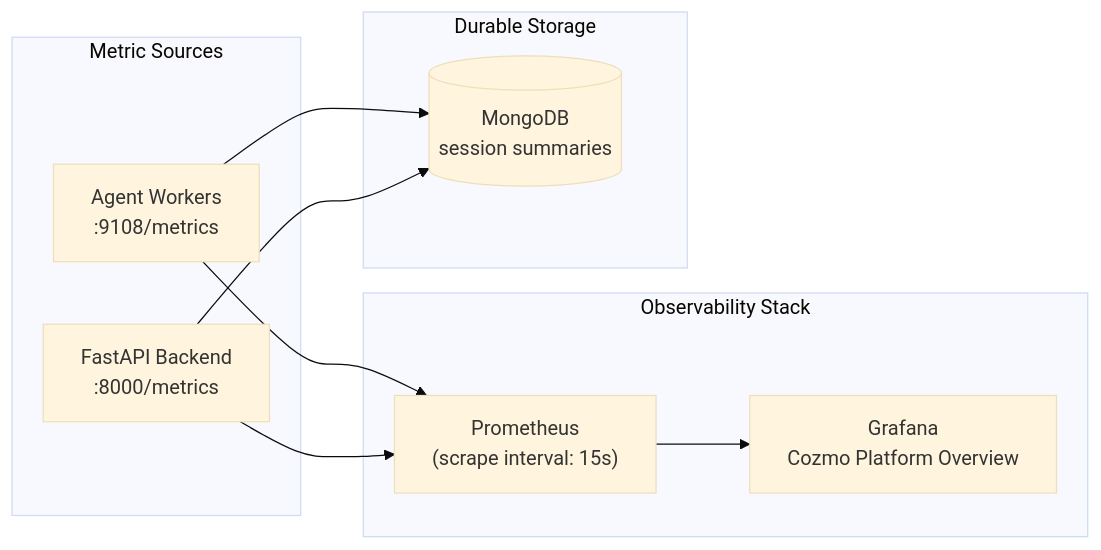
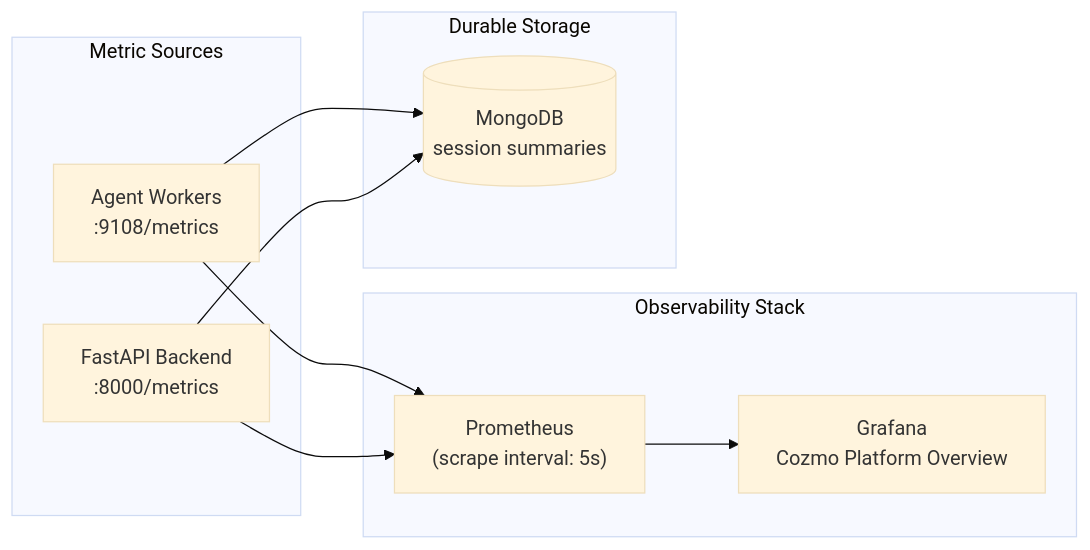
One commit to ansuman-shukla/cozmo-ai changed the sixth of 7 diagrams in deliverables/PLATFORM_ARCHITECTURE.md. Above: the diagram before and after it, drawn with Mermaid (base theme). The commit also changed other lines of this file and 4 other files, not shown here.

Commit message:
docs: update platform architecture, scalability estimates, and observability documentation

````diff
--- a/deliverables/PLATFORM_ARCHITECTURE.md
+++ b/deliverables/PLATFORM_ARCHITECTURE.md
@@ -274,23 +275,23 @@
 ```mermaid
 flowchart LR
     subgraph Sources["Metric Sources"]
         W["Agent Workers<br/>:9108/metrics"]
         API["FastAPI Backend<br/>:8000/metrics"]
     end
 
     subgraph Stack["Observability Stack"]
-        Prom["Prometheus<br/>(scrape interval: 15s)"]
+        Prom["Prometheus<br/>(scrape interval: 5s)"]
         Grafana["Grafana<br/>Cozmo Platform Overview"]
     end
 
     subgraph Storage["Durable Storage"]
         DB[("MongoDB<br/>session summaries")]
     end
 
     W --> Prom
     API --> Prom
     Prom --> Grafana
 
     W --> DB
     API --> DB
 ```
````
